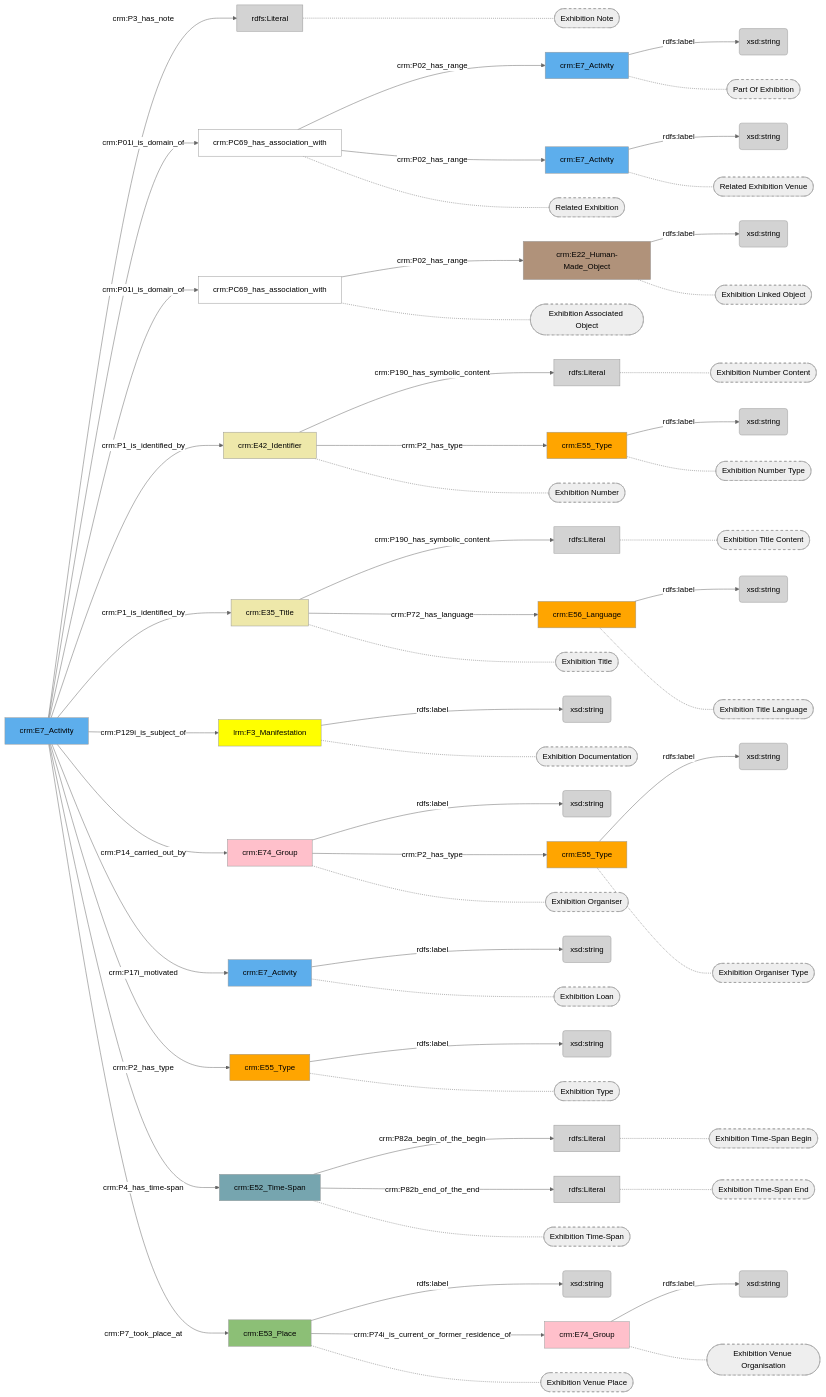
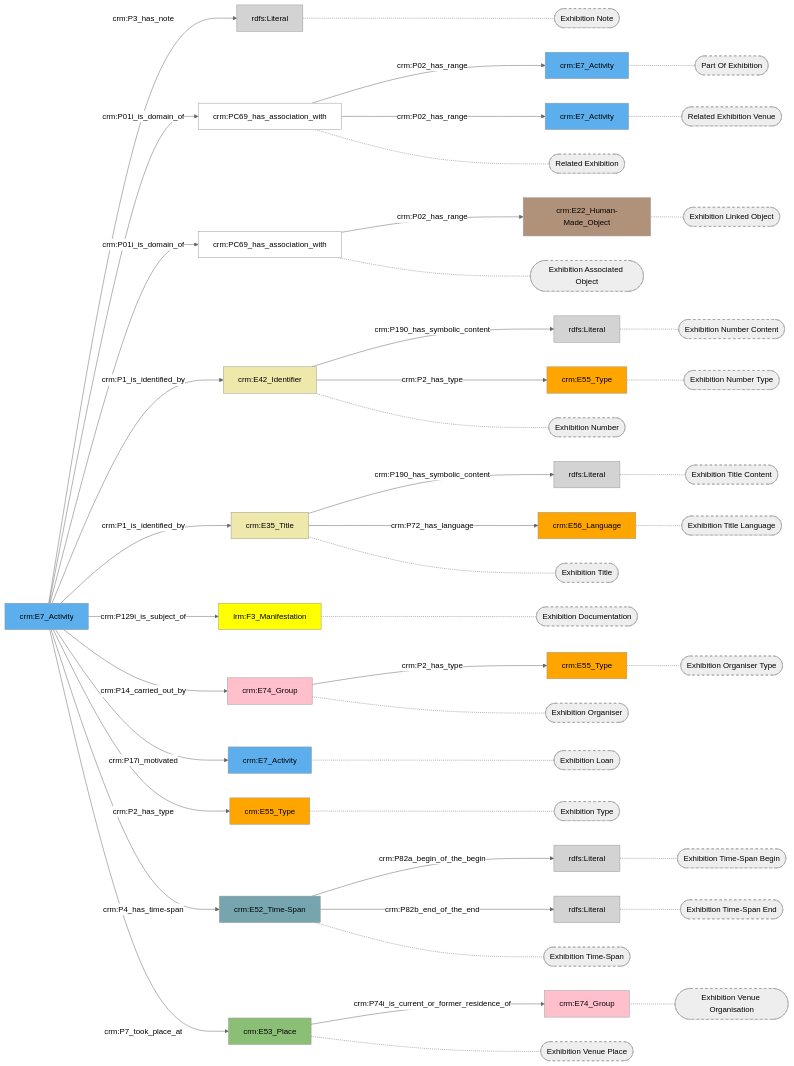
One commit to digipolisantwerpdocumentation/antwerp-cultureel-erfgoed changed the diagram in docs/content/modellen/Exhibition/na.md. Above: the diagram before and after it, drawn with Mermaid (neutral theme). The commit also changed 170 other files, not shown here.

````diff
--- a/docs/content/modellen/Exhibition/na.md
+++ b/docs/content/modellen/Exhibition/na.md
@@ -1,20 +1,31 @@
 ```mermaid
 graph LR
-00535d95-cb21-11ee-bbb2-960002548b4f["crm:E22_Human-Made_Object"]-->|"rdfs:label"|3e2f9307-cb39-11ee-bd88-960002548b4f(xsd:string)
-06fe9bf8-cb29-11ee-aa0b-960002548b4f["crm:E7_Activity"]-->|"rdfs:label"|69771f95-cb29-11ee-a50a-960002548b4f(xsd:string)
+style 00535d95-cb21-11ee-bbb2-960002548b4f fill:#B0927A
+style 06fe9bf8-cb29-11ee-aa0b-960002548b4f fill:#5DAEEC
+style 17d24b9b-cb20-11ee-b02e-960002548b4f fill:#D3D3D3
+style 1bebb8ee-cb33-11ee-9c67-960002548b4f fill:#EEE8AA
+style 20cdc89b-cb2a-11ee-8cab-960002548b4f fill:#5DAEEC
+style 2fcbd84f-cb28-11ee-b8a4-960002548b4f fill:#5DAEEC
+style 30e52da3-cb22-11ee-a5cb-960002548b4f fill:#ffa500
+style 43d0ddd1-cb33-11ee-bca6-960002548b4f fill:#D3D3D3
+style 44d4775e-cb20-11ee-ae3d-960002548b4f fill:#D3D3D3
+style 5e31804f-cb20-11ee-bc4a-960002548b4f fill:#8CBF76
+style 706d2871-cb1f-11ee-be14-960002548b4f fill:#EEE8AA
+style 9a844085-cb1e-11ee-9a65-960002548b4f fill:#5DAEEC
+style af9064e0-cb21-11ee-92f8-960002548b4f fill:#ffa500
+style b7b7c7e2-cb27-11ee-b38b-960002548b4f fill:#ffffff
+style c5202e09-cb1f-11ee-b28f-960002548b4f fill:#D3D3D3
+style c81fb98a-cb20-11ee-9607-960002548b4f fill:#ffffff
+style ce25176f-e046-11ee-be49-960002548b4f fill:#ffa500
+style d2ed034e-cb21-11ee-b26f-960002548b4f fill:#ffc0cb
+style d5597544-cb36-11ee-b7ee-960002548b4f fill:#ffff00
+style d685b642-cb34-11ee-b1d9-960002548b4f fill:#ffc0cb
+style e4805c3e-cb38-11ee-8dea-960002548b4f fill:#ffa500
+style f97b60e6-cb29-11ee-85e3-960002548b4f fill:#D3D3D3
+style fb049cdc-cb1f-11ee-99a5-960002548b4f fill:#76A5AF
 1bebb8ee-cb33-11ee-9c67-960002548b4f["crm:E42_Identifier"]-->|"crm:P190_has_symbolic_content"|43d0ddd1-cb33-11ee-bca6-960002548b4f(rdfs:Literal)
-20cdc89b-cb2a-11ee-8cab-960002548b4f["crm:E7_Activity"]-->|"rdfs:label"|731b0b40-cb32-11ee-a0ad-960002548b4f(xsd:string)
-2fcbd84f-cb28-11ee-b8a4-960002548b4f["crm:E7_Activity"]-->|"rdfs:label"|6ca89778-cb28-11ee-882c-960002548b4f(xsd:string)
-30e52da3-cb22-11ee-a5cb-960002548b4f["crm:E55_Type"]-->|"rdfs:label"|4a854190-cb22-11ee-b977-960002548b4f(xsd:string)
-5e31804f-cb20-11ee-bc4a-960002548b4f["crm:E53_Place"]-->|"rdfs:label"|9de69c2a-cb20-11ee-8a2b-960002548b4f(xsd:string)
 706d2871-cb1f-11ee-be14-960002548b4f["crm:E35_Title"]-->|"crm:P190_has_symbolic_content"|c5202e09-cb1f-11ee-b28f-960002548b4f(rdfs:Literal)
 9a844085-cb1e-11ee-9a65-960002548b4f["crm:E7_Activity"]-->|"crm:P3_has_note"|f97b60e6-cb29-11ee-85e3-960002548b4f(rdfs:Literal)
-af9064e0-cb21-11ee-92f8-960002548b4f["crm:E55_Type"]-->|"rdfs:label"|cf9dc779-cb38-11ee-a875-960002548b4f(xsd:string)
-ce25176f-e046-11ee-be49-960002548b4f["crm:E55_Type"]-->|"rdfs:label"|e53b66d3-e046-11ee-8f73-960002548b4f(xsd:string)
-d2ed034e-cb21-11ee-b26f-960002548b4f["crm:E74_Group"]-->|"rdfs:label"|1f617313-cb22-11ee-a619-960002548b4f(xsd:string)
-d5597544-cb36-11ee-b7ee-960002548b4f["lrm:F3_Manifestation"]-->|"rdfs:label"|e31ca1de-cb37-11ee-9017-960002548b4f(xsd:string)
-d685b642-cb34-11ee-b1d9-960002548b4f["crm:E74_Group"]-->|"rdfs:label"|66843922-cb36-11ee-881f-960002548b4f(xsd:string)
-e4805c3e-cb38-11ee-8dea-960002548b4f["crm:E56_Language"]-->|"rdfs:label"|1f3497b0-cb39-11ee-9b07-960002548b4f(xsd:string)
 fb049cdc-cb1f-11ee-99a5-960002548b4f["crm:E52_Time-Span"]-->|"crm:P82a_begin_of_the_begin"|17d24b9b-cb20-11ee-b02e-960002548b4f(rdfs:Literal)
 fb049cdc-cb1f-11ee-99a5-960002548b4f["crm:E52_Time-Span"]-->|"crm:P82b_end_of_the_end"|44d4775e-cb20-11ee-ae3d-960002548b4f(rdfs:Literal)
 1bebb8ee-cb33-11ee-9c67-960002548b4f["crm:E42_Identifier"]-->|"crm:P2_has_type"|ce25176f-e046-11ee-be49-960002548b4f["crm:E55_Type"]
@@ -34,6 +45,28 @@
 b7b7c7e2-cb27-11ee-b38b-960002548b4f["crm:PC69_has_association_with"]-->|"crm:P02_has_range"|2fcbd84f-cb28-11ee-b8a4-960002548b4f["crm:E7_Activity"]
 c81fb98a-cb20-11ee-9607-960002548b4f["crm:PC69_has_association_with"]-->|"crm:P02_has_range"|00535d95-cb21-11ee-bbb2-960002548b4f["crm:E22_Human-Made_Object"]
 d2ed034e-cb21-11ee-b26f-960002548b4f["crm:E74_Group"]-->|"crm:P2_has_type"|30e52da3-cb22-11ee-a5cb-960002548b4f["crm:E55_Type"]
+style 43d0ddd1-cb33-11ee-bca6-960002548b4f_s stroke-dasharray: 5
+style ce25176f-e046-11ee-be49-960002548b4f_s stroke-dasharray: 5
+style d685b642-cb34-11ee-b1d9-960002548b4f_s stroke-dasharray: 5
+style c5202e09-cb1f-11ee-b28f-960002548b4f_s stroke-dasharray: 5
+style e4805c3e-cb38-11ee-8dea-960002548b4f_s stroke-dasharray: 5
+style b7b7c7e2-cb27-11ee-b38b-960002548b4f_s stroke-dasharray: 5
+style c81fb98a-cb20-11ee-9607-960002548b4f_s stroke-dasharray: 5
+style 1bebb8ee-cb33-11ee-9c67-960002548b4f_s stroke-dasharray: 5
+style 706d2871-cb1f-11ee-be14-960002548b4f_s stroke-dasharray: 5
+style d5597544-cb36-11ee-b7ee-960002548b4f_s stroke-dasharray: 5
+style d2ed034e-cb21-11ee-b26f-960002548b4f_s stroke-dasharray: 5
+style 20cdc89b-cb2a-11ee-8cab-960002548b4f_s stroke-dasharray: 5
+style af9064e0-cb21-11ee-92f8-960002548b4f_s stroke-dasharray: 5
+style f97b60e6-cb29-11ee-85e3-960002548b4f_s stroke-dasharray: 5
+style fb049cdc-cb1f-11ee-99a5-960002548b4f_s stroke-dasharray: 5
+style 5e31804f-cb20-11ee-bc4a-960002548b4f_s stroke-dasharray: 5
+style 06fe9bf8-cb29-11ee-aa0b-960002548b4f_s stroke-dasharray: 5
+style 2fcbd84f-cb28-11ee-b8a4-960002548b4f_s stroke-dasharray: 5
+style 00535d95-cb21-11ee-bbb2-960002548b4f_s stroke-dasharray: 5
+style 30e52da3-cb22-11ee-a5cb-960002548b4f_s stroke-dasharray: 5
+style 17d24b9b-cb20-11ee-b02e-960002548b4f_s stroke-dasharray: 5
+style 44d4775e-cb20-11ee-ae3d-960002548b4f_s stroke-dasharray: 5
 43d0ddd1-cb33-11ee-bca6-960002548b4f["rdfs:Literal"]-.-43d0ddd1-cb33-11ee-bca6-960002548b4f_s(["Exhibition Number Content"])
 ce25176f-e046-11ee-be49-960002548b4f["crm:E55_Type"]-.-ce25176f-e046-11ee-be49-960002548b4f_s(["Exhibition Number Type"])
 d685b642-cb34-11ee-b1d9-960002548b4f["crm:E74_Group"]-.-d685b642-cb34-11ee-b1d9-960002548b4f_s(["Exhibition Venue Organisation"])
@@ -56,61 +89,4 @@
 30e52da3-cb22-11ee-a5cb-960002548b4f["crm:E55_Type"]-.-30e52da3-cb22-11ee-a5cb-960002548b4f_s(["Exhibition Organiser Type"])
 17d24b9b-cb20-11ee-b02e-960002548b4f["rdfs:Literal"]-.-17d24b9b-cb20-11ee-b02e-960002548b4f_s(["Exhibition Time-Span Begin"])
 44d4775e-cb20-11ee-ae3d-960002548b4f["rdfs:Literal"]-.-44d4775e-cb20-11ee-ae3d-960002548b4f_s(["Exhibition Time-Span End"])
-style 43d0ddd1-cb33-11ee-bca6-960002548b4f_s stroke-dasharray: 5
-style ce25176f-e046-11ee-be49-960002548b4f_s stroke-dasharray: 5
-style d685b642-cb34-11ee-b1d9-960002548b4f_s stroke-dasharray: 5
-style c5202e09-cb1f-11ee-b28f-960002548b4f_s stroke-dasharray: 5
-style e4805c3e-cb38-11ee-8dea-960002548b4f_s stroke-dasharray: 5
-style b7b7c7e2-cb27-11ee-b38b-960002548b4f_s stroke-dasharray: 5
-style c81fb98a-cb20-11ee-9607-960002548b4f_s stroke-dasharray: 5
-style 1bebb8ee-cb33-11ee-9c67-960002548b4f_s stroke-dasharray: 5
-style 706d2871-cb1f-11ee-be14-960002548b4f_s stroke-dasharray: 5
-style d5597544-cb36-11ee-b7ee-960002548b4f_s stroke-dasharray: 5
-style d2ed034e-cb21-11ee-b26f-960002548b4f_s stroke-dasharray: 5
-style 20cdc89b-cb2a-11ee-8cab-960002548b4f_s stroke-dasharray: 5
-style af9064e0-cb21-11ee-92f8-960002548b4f_s stroke-dasharray: 5
-style f97b60e6-cb29-11ee-85e3-960002548b4f_s stroke-dasharray: 5
-style fb049cdc-cb1f-11ee-99a5-960002548b4f_s stroke-dasharray: 5
-style 5e31804f-cb20-11ee-bc4a-960002548b4f_s stroke-dasharray: 5
-style 06fe9bf8-cb29-11ee-aa0b-960002548b4f_s stroke-dasharray: 5
-style 2fcbd84f-cb28-11ee-b8a4-960002548b4f_s stroke-dasharray: 5
-style 00535d95-cb21-11ee-bbb2-960002548b4f_s stroke-dasharray: 5
-style 30e52da3-cb22-11ee-a5cb-960002548b4f_s stroke-dasharray: 5
-style 17d24b9b-cb20-11ee-b02e-960002548b4f_s stroke-dasharray: 5
-style 44d4775e-cb20-11ee-ae3d-960002548b4f_s stroke-dasharray: 5
-style 00535d95-cb21-11ee-bbb2-960002548b4f fill:#B0927A
-style 06fe9bf8-cb29-11ee-aa0b-960002548b4f fill:#5DAEEC
-style 17d24b9b-cb20-11ee-b02e-960002548b4f fill:#D3D3D3
-style 1bebb8ee-cb33-11ee-9c67-960002548b4f fill:#EEE8AA
-style 1f3497b0-cb39-11ee-9b07-960002548b4f fill:#D3D3D3
-style 1f617313-cb22-11ee-a619-960002548b4f fill:#D3D3D3
-style 20cdc89b-cb2a-11ee-8cab-960002548b4f fill:#5DAEEC
-style 2fcbd84f-cb28-11ee-b8a4-960002548b4f fill:#5DAEEC
-style 30e52da3-cb22-11ee-a5cb-960002548b4f fill:#ffa500
-style 3e2f9307-cb39-11ee-bd88-960002548b4f fill:#D3D3D3
-style 43d0ddd1-cb33-11ee-bca6-960002548b4f fill:#D3D3D3
-style 44d4775e-cb20-11ee-ae3d-960002548b4f fill:#D3D3D3
-style 4a854190-cb22-11ee-b977-960002548b4f fill:#D3D3D3
-style 5e31804f-cb20-11ee-bc4a-960002548b4f fill:#8CBF76
-style 66843922-cb36-11ee-881f-960002548b4f fill:#D3D3D3
-style 69771f95-cb29-11ee-a50a-960002548b4f fill:#D3D3D3
-style 6ca89778-cb28-11ee-882c-960002548b4f fill:#D3D3D3
-style 706d2871-cb1f-11ee-be14-960002548b4f fill:#EEE8AA
-style 731b0b40-cb32-11ee-a0ad-960002548b4f fill:#D3D3D3
-style 9a844085-cb1e-11ee-9a65-960002548b4f fill:#5DAEEC
-style 9de69c2a-cb20-11ee-8a2b-960002548b4f fill:#D3D3D3
-style af9064e0-cb21-11ee-92f8-960002548b4f fill:#ffa500
-style b7b7c7e2-cb27-11ee-b38b-960002548b4f fill:#ffffff
-style c5202e09-cb1f-11ee-b28f-960002548b4f fill:#D3D3D3
-style c81fb98a-cb20-11ee-9607-960002548b4f fill:#ffffff
-style ce25176f-e046-11ee-be49-960002548b4f fill:#ffa500
-style cf9dc779-cb38-11ee-a875-960002548b4f fill:#D3D3D3
-style d2ed034e-cb21-11ee-b26f-960002548b4f fill:#ffc0cb
-style d5597544-cb36-11ee-b7ee-960002548b4f fill:#ffff00
-style d685b642-cb34-11ee-b1d9-960002548b4f fill:#ffc0cb
-style e31ca1de-cb37-11ee-9017-960002548b4f fill:#D3D3D3
-style e4805c3e-cb38-11ee-8dea-960002548b4f fill:#ffa500
-style e53b66d3-e046-11ee-8f73-960002548b4f fill:#D3D3D3
-style f97b60e6-cb29-11ee-85e3-960002548b4f fill:#D3D3D3
-style fb049cdc-cb1f-11ee-99a5-960002548b4f fill:#76A5AF
 ```
````
